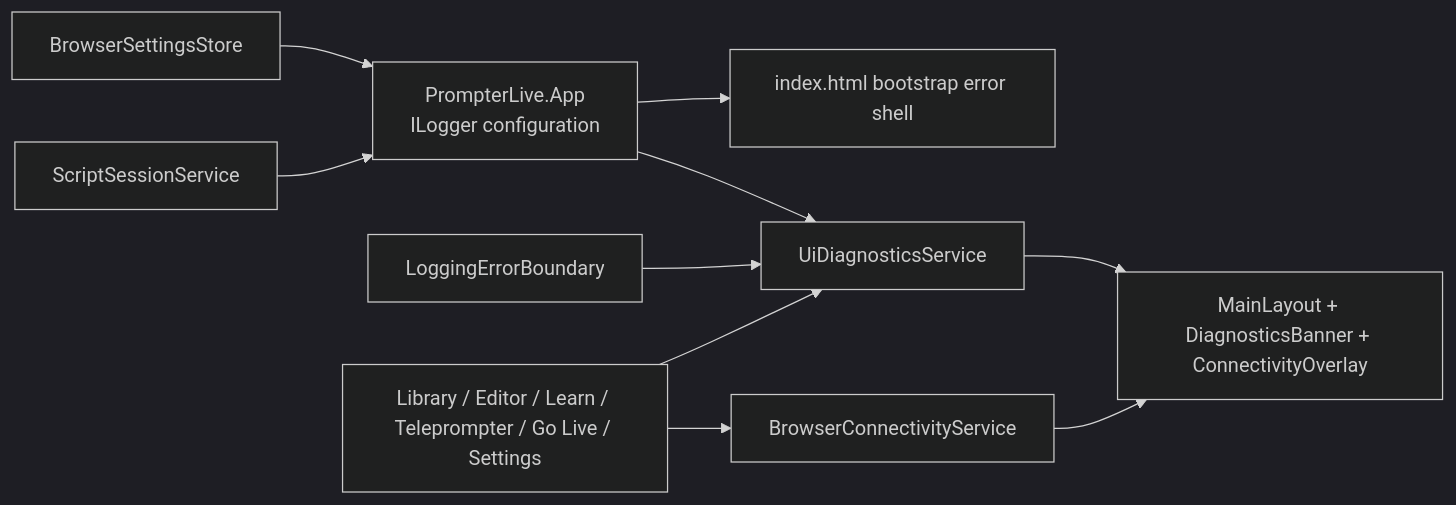
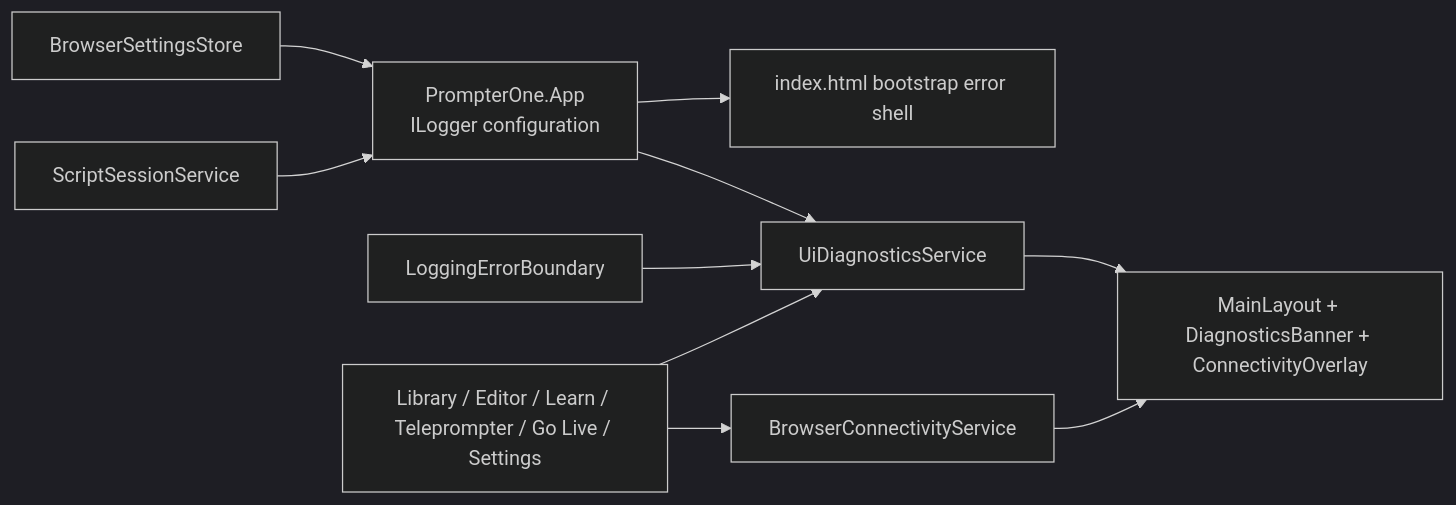
The sixth of 12 diagrams in docs/Architecture.md (managedcode/PrompterOne), drawn with Mermaid (dark theme) before and after one commit. The commit also changed other lines of this file and 895 other files, not shown here.

Commit message:
rename to PrompterOne

````diff
--- a/docs/Architecture.md
+++ b/docs/Architecture.md
@@ -230,22 +230,22 @@
 ```mermaid
 flowchart LR
-    WasmHost["PrompterLive.App<br/>ILogger configuration"]
+    WasmHost["PrompterOne.App<br/>ILogger configuration"]
     Layout["MainLayout + DiagnosticsBanner + ConnectivityOverlay"]
     Boundary["LoggingErrorBoundary"]
     Bootstrap["index.html bootstrap error shell"]
     Connectivity["BrowserConnectivityService"]
     Diagnostics["UiDiagnosticsService"]
     Pages["Library / Editor / Learn / Teleprompter / Go Live / Settings"]
     Browser["BrowserSettingsStore"]
     Session["ScriptSessionService"]
 
     WasmHost --> Bootstrap
     WasmHost --> Diagnostics
     Pages --> Diagnostics
     Pages --> Connectivity
     Browser --> WasmHost
     Session --> WasmHost
     Diagnostics --> Layout
     Connectivity --> Layout
     Boundary --> Diagnostics
 ```
````
